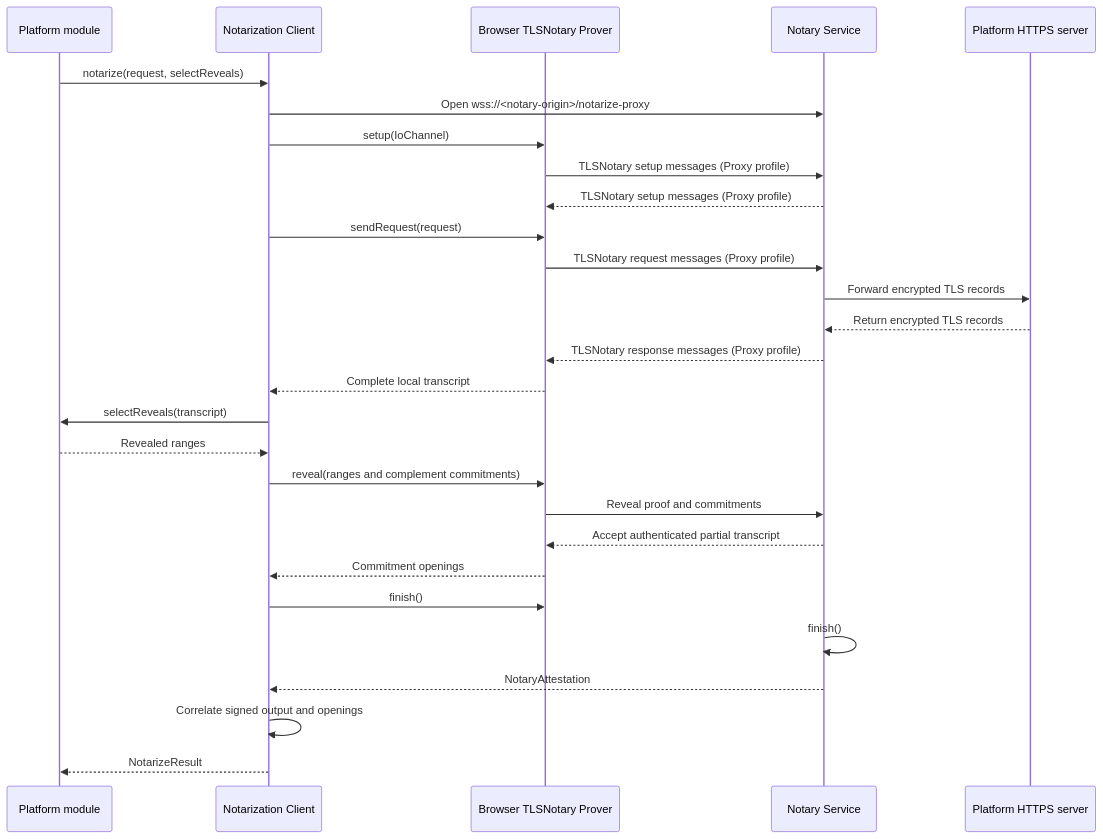
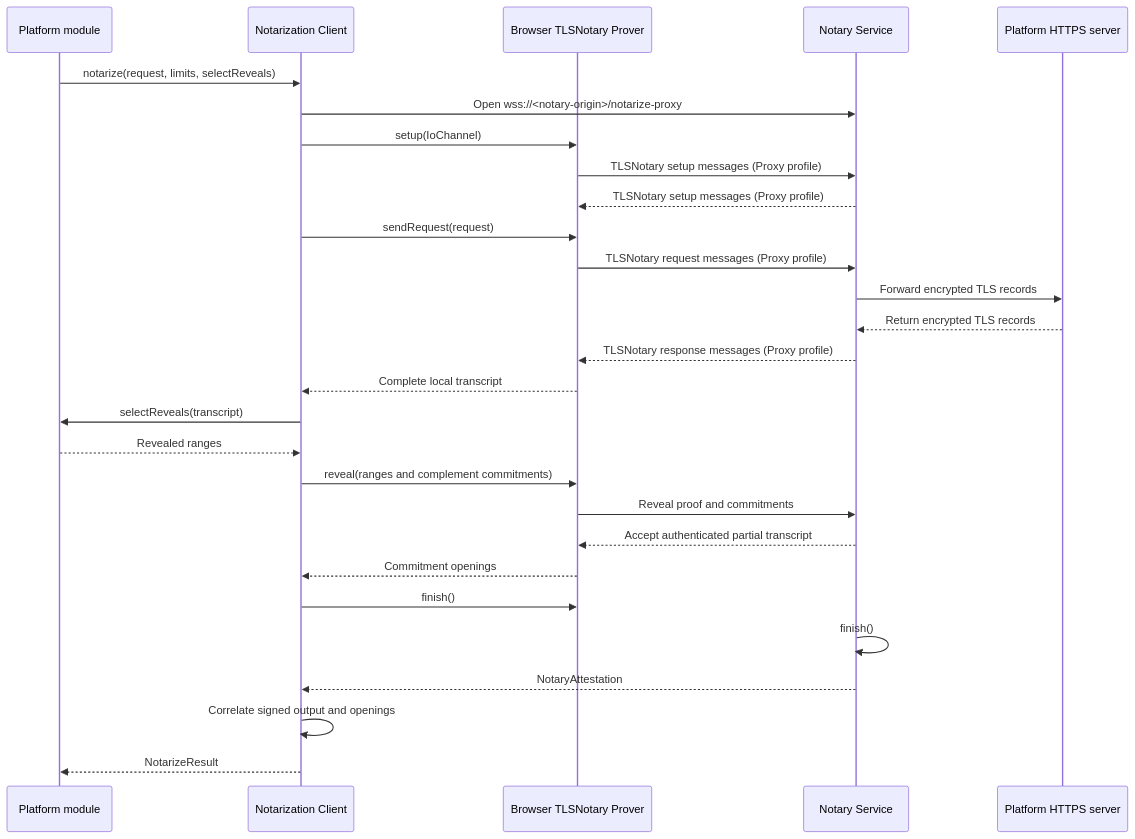
Before and after one commit to libid-org/libid: the diagram in ts/packages/ceremony/NOTARIZATION.md, drawn with Mermaid. The commit also changed other lines of this file and 4 other files, not shown here.

````diff
--- a/ts/packages/ceremony/NOTARIZATION.md
+++ b/ts/packages/ceremony/NOTARIZATION.md
@@ -212,31 +241,31 @@
 ```mermaid
 sequenceDiagram
     participant M as Platform module
     participant T as Notarization Client
     participant W as Browser TLSNotary Prover
     participant N as Notary Service
     participant P as Platform HTTPS server
 
-    M->>T: notarize(request, selectReveals)
+    M->>T: notarize(request, limits, selectReveals)
     T->>N: Open wss://<notary-origin>/notarize-proxy
     T->>W: setup(IoChannel)
     W->>N: TLSNotary setup messages (Proxy profile)
     N-->>W: TLSNotary setup messages (Proxy profile)
     T->>W: sendRequest(request)
     W->>N: TLSNotary request messages (Proxy profile)
     N->>P: Forward encrypted TLS records
     P-->>N: Return encrypted TLS records
     N-->>W: TLSNotary response messages (Proxy profile)
     W-->>T: Complete local transcript
     T->>M: selectReveals(transcript)
     M-->>T: Revealed ranges
     T->>W: reveal(ranges and complement commitments)
     W->>N: Reveal proof and commitments
     N-->>W: Accept authenticated partial transcript
     W-->>T: Commitment openings
     T->>W: finish()
     N->>N: finish()
     N-->>T: NotaryAttestation
     T->>T: Correlate signed output and openings
     T-->>M: NotarizeResult
 ```
````
